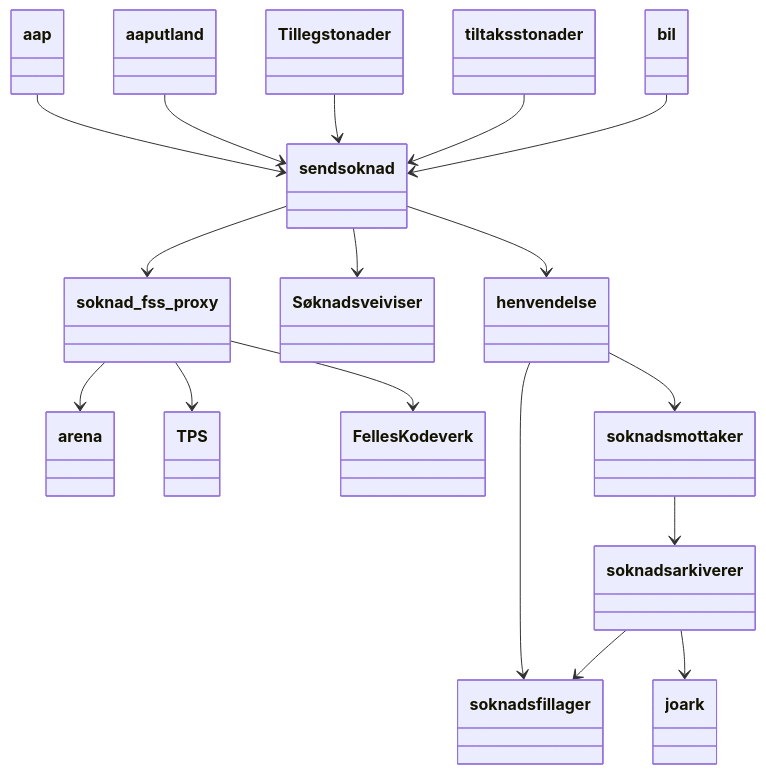
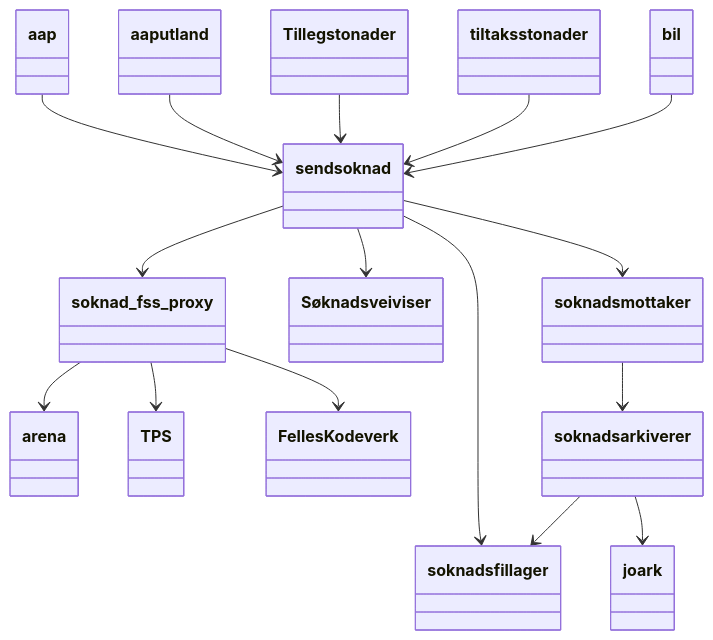
The first of 3 diagrams in docs/Arkitektur.md (navikt/sendsoknad-boot), drawn with Mermaid before and after one commit. The commit also changed other lines of this file and 1 other file, not shown here.

````diff
--- a/docs/Arkitektur.md
+++ b/docs/Arkitektur.md
@@ -5,19 +5,18 @@
 ```mermaid
 classDiagram
     aap --> sendsoknad
     aaputland --> sendsoknad
     Tillegstonader --> sendsoknad
     tiltaksstonader --> sendsoknad
     bil --> sendsoknad
     sendsoknad --> soknad_fss_proxy
     soknad_fss_proxy --> arena
     soknad_fss_proxy --> TPS
     soknad_fss_proxy --> Felles Kodeverk
     sendsoknad --> Søknadsveiviser
-    sendsoknad --> henvendelse
-    henvendelse --> soknadsmottaker
-    henvendelse --> soknadsfillager
+    sendsoknad --> soknadsmottaker
+    sendsoknad --> soknadsfillager
     soknadsmottaker --> soknadsarkiverer
     soknadsarkiverer --> soknadsfillager
     soknadsarkiverer --> joark
 ```
````
